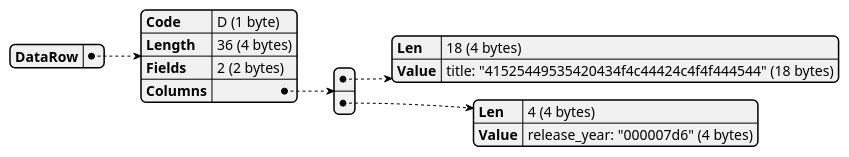
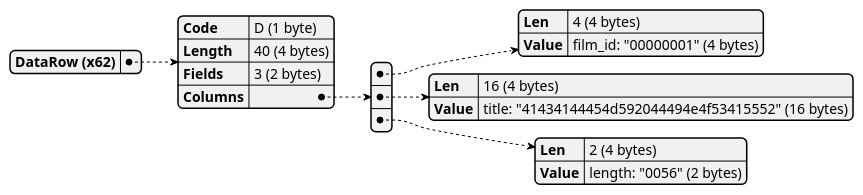
The ninth of 11 diagrams in docs/examples/exports/pagila-04-extended-query-unnamed-statement/capture.plantuml.pkt.md (xfischer/pg_protoexport), drawn with PlantUML before and after one commit. The commit also changed other lines of this file and 135 other files, not shown here.

````diff
--- a/docs/examples/exports/pagila-04-extended-query-unnamed-statement/capture.plantuml.pkt.md
+++ b/docs/examples/exports/pagila-04-extended-query-unnamed-statement/capture.plantuml.pkt.md
@@ -143,21 +158,25 @@
 ```plantuml
 @startjson
 {
-  "DataRow": {
+  "DataRow (x62)": {
     "Code": "D (1 byte)",
-    "Length": "36 (4 bytes)",
-    "Fields": "2 (2 bytes)",
+    "Length": "40 (4 bytes)",
+    "Fields": "3 (2 bytes)",
     "Columns": [
       {
-        "Len": "18 (4 bytes)",
-        "Value": "title: \"41525449535420434f4c44424c4f4f444544\" (18 bytes)"
+        "Len": "4 (4 bytes)",
+        "Value": "film_id: \"00000001\" (4 bytes)"
       },
       {
-        "Len": "4 (4 bytes)",
-        "Value": "release_year: \"000007d6\" (4 bytes)"
+        "Len": "16 (4 bytes)",
+        "Value": "title: \"41434144454d592044494e4f53415552\" (16 bytes)"
+      },
+      {
+        "Len": "2 (4 bytes)",
+        "Value": "length: \"0056\" (2 bytes)"
       }
     ]
   }
 }
 @endjson
 ```
````
